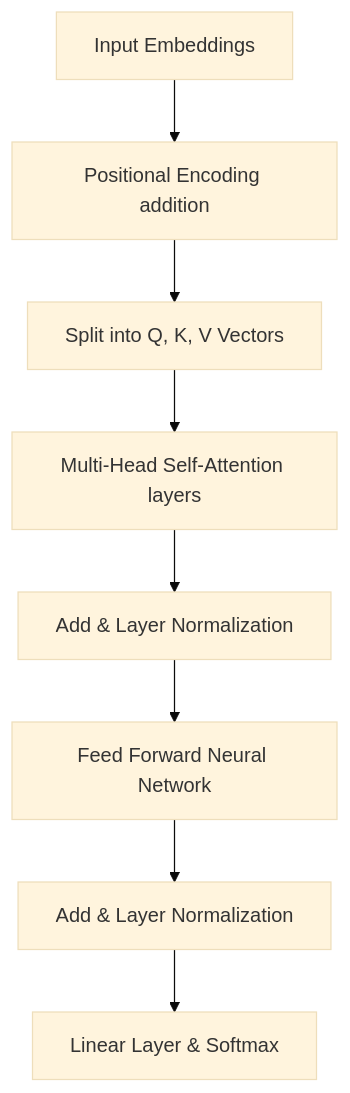
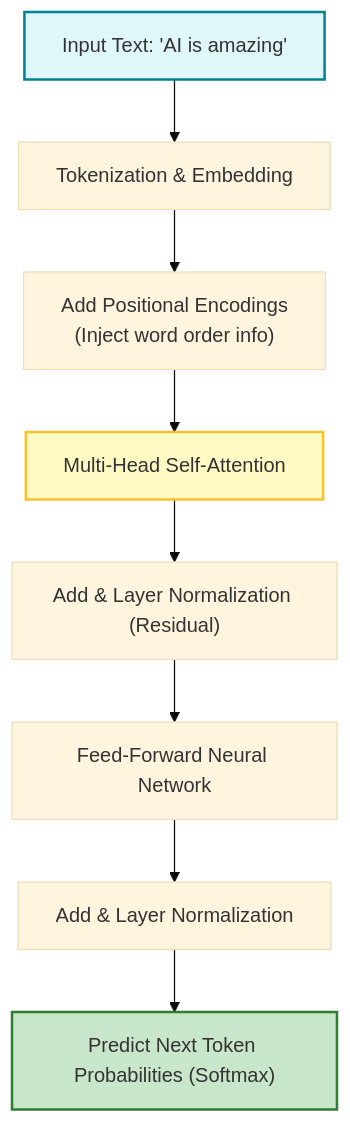
The fourth of 4 diagrams in AI-tut/03_Transformers_and_Attention.md (Nishant8826/theory-leaning), drawn with Mermaid (base theme) before and after one commit. The commit also changed other lines of this file and 34 other files, not shown here.

````diff
--- a/AI-tut/03_Transformers_and_Attention.md
+++ b/AI-tut/03_Transformers_and_Attention.md
@@ -73,10 +128,14 @@
 ```mermaid
-graph TD
-    Inputs[Input Embeddings] --> Pos[Positional Encoding addition]
-    Pos --> Split[Split into Q, K, V Vectors]
-    Split --> Attention[Multi-Head Self-Attention layers]
-    Attention --> AddNorm1[Add & Layer Normalization]
-    AddNorm1 --> FF[Feed Forward Neural Network]
-    FF --> AddNorm2[Add & Layer Normalization]
-    AddNorm2 --> Output[Linear Layer & Softmax]
+flowchart TD
+    InputText["Input Text: 'AI is amazing'"] --> Tokenizer["Tokenization & Embedding"]
+    Tokenizer --> PosEnc["Add Positional Encodings <br> (Inject word order info)"]
+    PosEnc --> MultiHead["Multi-Head Self-Attention"]
+    MultiHead --> AddNorm1["Add & Layer Normalization (Residual)"]
+    AddNorm1 --> FFN["Feed-Forward Neural Network"]
+    FFN --> AddNorm2["Add & Layer Normalization"]
+    AddNorm2 --> NextWord["Predict Next Token Probabilities (Softmax)"]
+
+    style InputText fill:#e0f7fa,stroke:#00838f,stroke-width:2px
+    style MultiHead fill:#fff9c4,stroke:#fbc02d,stroke-width:2px
+    style NextWord fill:#c8e6c9,stroke:#2e7d32,stroke-width:2px
 ```
````
